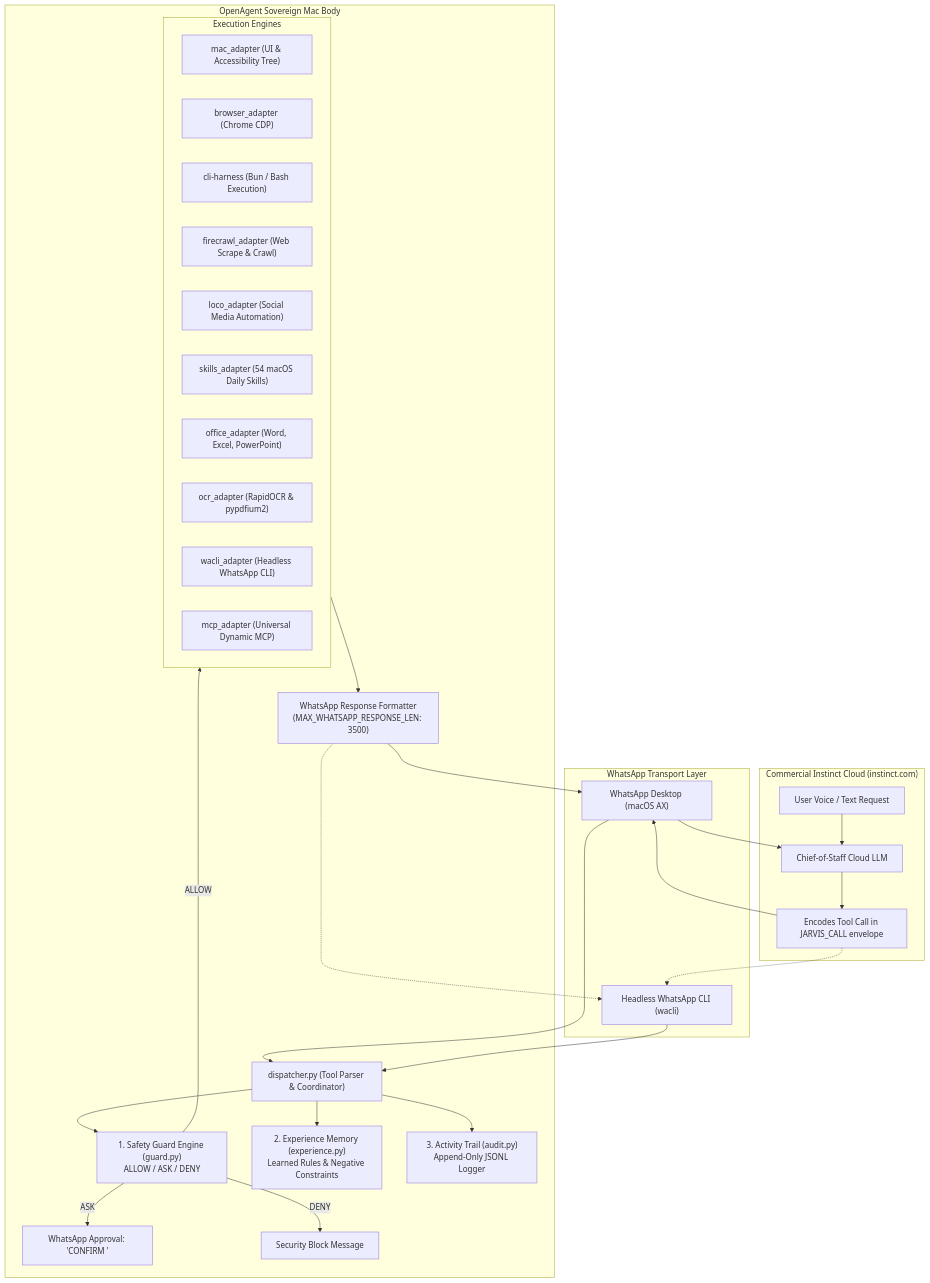
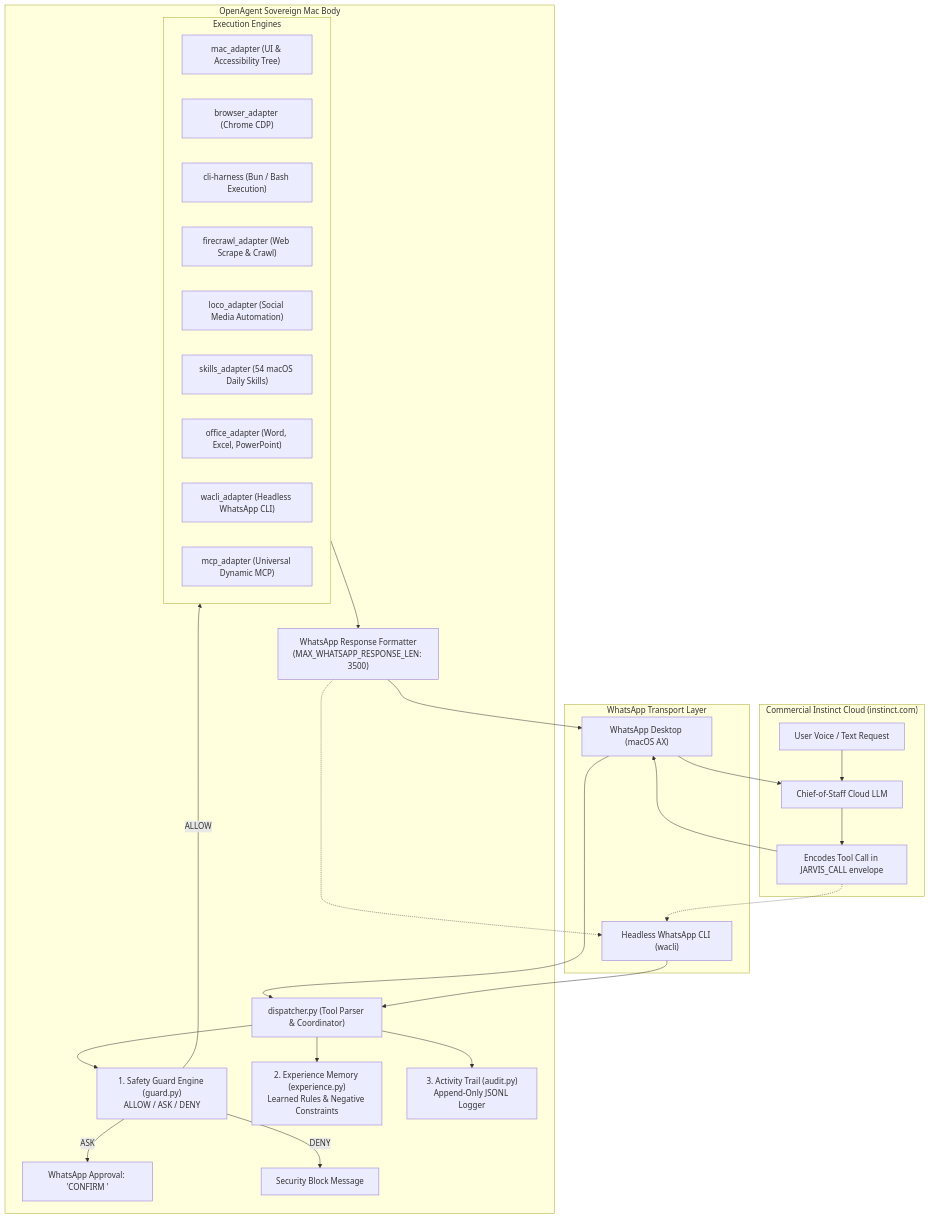
One commit to GitCoder052023/OpenAgent changed the diagram in COMMERCIAL_INSTINCT_INTEGRATION.md. Above: the diagram before and after it, drawn with Mermaid. The commit also changed other lines of this file and 7 other files, not shown here.

````diff
--- a/COMMERCIAL_INSTINCT_INTEGRATION.md
+++ b/COMMERCIAL_INSTINCT_INTEGRATION.md
@@ -44,44 +43,43 @@
 ```mermaid
 flowchart TD
     subgraph InstinctCloud ["Commercial Instinct Cloud (instinct.com)"]
         UI["User Voice / Text Request"] --> CloudAI["Chief-of-Staff Cloud LLM"]
         CloudAI --> CloudToolGen["Encodes Tool Call in JARVIS_CALL envelope"]
     end
 
     subgraph WhatsAppTransport ["WhatsApp Transport Layer"]
         CloudToolGen --> WADesktop["WhatsApp Desktop (macOS AX)"]
         CloudToolGen -.-> WACLI["Headless WhatsApp CLI (wacli)"]
     end
 
     subgraph OpenAgentCore ["OpenAgent Sovereign Mac Body"]
         WADesktop --> Dispatcher["dispatcher.py (Tool Parser & Coordinator)"]
         WACLI --> Dispatcher
         
         Dispatcher --> Guard["1. Safety Guard Engine (guard.py)\nALLOW / ASK / DENY"]
         Dispatcher --> Experience["2. Experience Memory (experience.py)\nLearned Rules & Negative Constraints"]
         Dispatcher --> Audit["3. Activity Trail (audit.py)\nAppend-Only JSONL Logger"]
         
         Guard -->|ALLOW| ExecEngines["4. Native Execution Engines"]
         Guard -->|ASK| Approval["WhatsApp Approval: 'CONFIRM <token>'"]
         Guard -->|DENY| Blocked["Security Block Message"]
         
         subgraph ExecEngines ["Execution Engines"]
             Mac["mac_adapter (UI & Accessibility Tree)"]
             Browser["browser_adapter (Chrome CDP)"]
             Harness["cli-harness (Bun / Bash Execution)"]
             Firecrawl["firecrawl_adapter (Web Scrape & Crawl)"]
             Loco["loco_adapter (Social Media Automation)"]
             Skills["skills_adapter (54 macOS Daily Skills)"]
             Office["office_adapter (Word, Excel, PowerPoint)"]
-            OCR["ocr_adapter (RapidOCR & pypdfium2)"]
             Wacli["wacli_adapter (Headless WhatsApp CLI)"]
             MCP["mcp_adapter (Universal Dynamic MCP)"]
         end
         
         ExecEngines --> Formatter["WhatsApp Response Formatter\n(MAX_WHATSAPP_RESPONSE_LEN: 3500)"]
     end
 
     Formatter --> WADesktop
     Formatter -.-> WACLI
     WADesktop --> CloudAI
 ```
````
